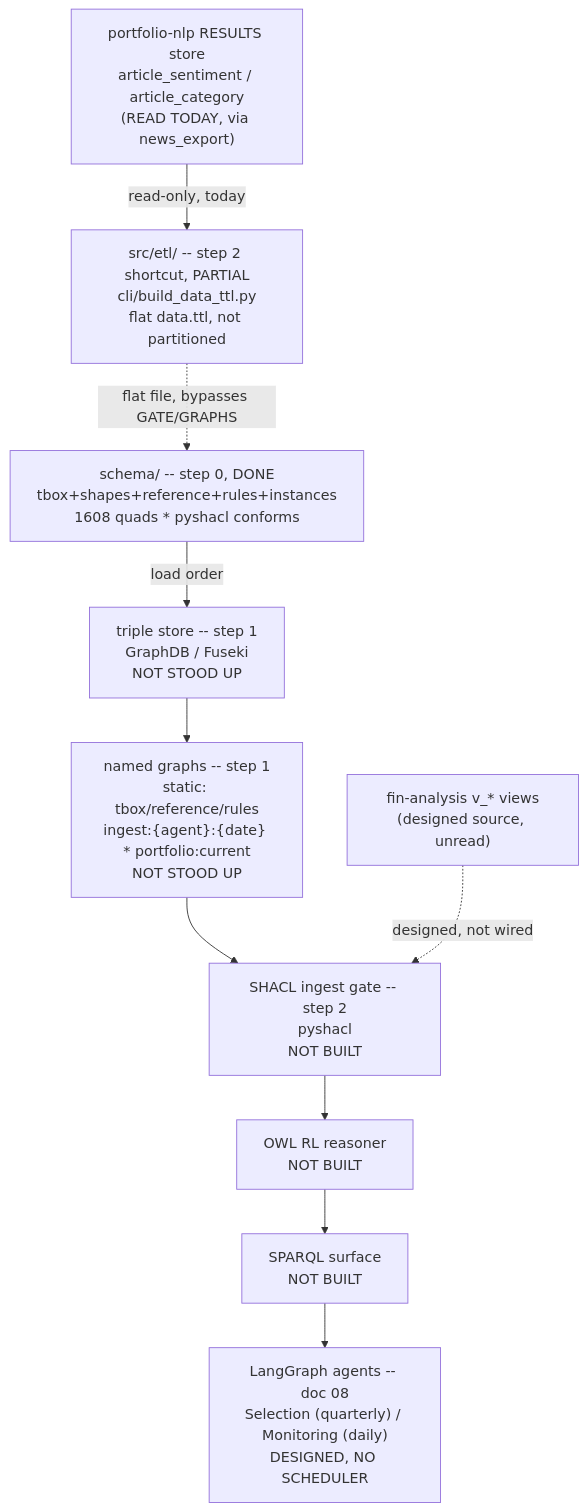
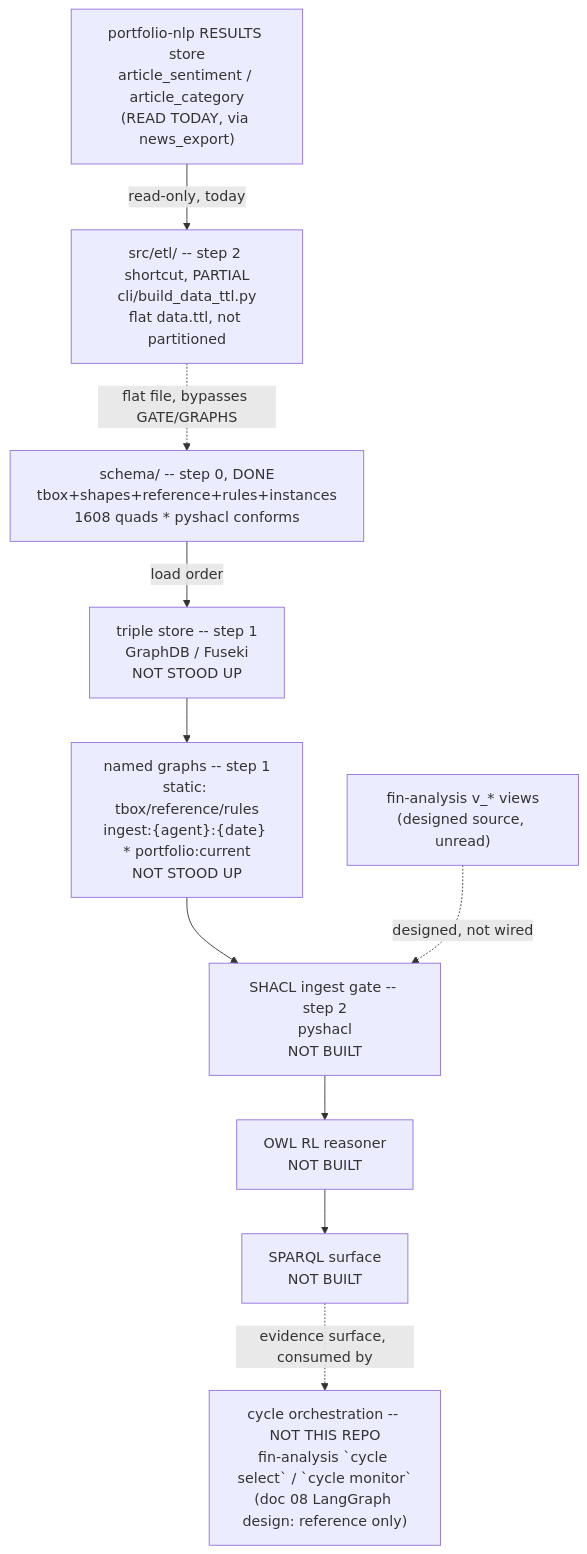
One commit to gamug/portfolio-knowledge-graph changed the diagram in .specify/memory/SPEC.md. Above: the diagram before and after it, drawn with Mermaid. The commit also changed other lines of this file and 3 other files, not shown here.

````diff
--- a/.specify/memory/SPEC.md
+++ b/.specify/memory/SPEC.md
@@ -187,19 +242,20 @@
 ```mermaid
 flowchart TB
     SCHEMA["schema/ -- step 0, DONE<br/>tbox+shapes+reference+rules+instances<br/>1608 quads * pyshacl conforms"]
     STORE["triple store -- step 1<br/>GraphDB / Fuseki<br/>NOT STOOD UP"]
     GRAPHS["named graphs -- step 1<br/>static: tbox/reference/rules<br/>ingest:{agent}:{date} * portfolio:current<br/>NOT STOOD UP"]
     GATE["SHACL ingest gate -- step 2<br/>pyshacl<br/>NOT BUILT"]
     FIN["fin-analysis v_* views<br/>(designed source, unread)"]
     NLPRES["portfolio-nlp RESULTS store<br/>article_sentiment / article_category<br/>(READ TODAY, via news_export)"]
     ETL["src/etl/ -- step 2 shortcut, PARTIAL<br/>cli/build_data_ttl.py<br/>flat data.ttl, not partitioned"]
     REASON["OWL RL reasoner<br/>NOT BUILT"]
     SPARQL["SPARQL surface<br/>NOT BUILT"]
-    AGENTS["LangGraph agents -- doc 08<br/>Selection (quarterly) / Monitoring (daily)<br/>DESIGNED, NO SCHEDULER"]
+    AGENTS["cycle orchestration -- NOT THIS REPO<br/>fin-analysis `cycle select` / `cycle monitor`<br/>(doc 08 LangGraph design: reference only)"]
 
     SCHEMA -->|load order| STORE --> GRAPHS --> GATE
     FIN -.->|designed, not wired| GATE
     NLPRES -->|read-only, today| ETL
     ETL -.->|flat file, bypasses GATE/GRAPHS| SCHEMA
-    GATE --> REASON --> SPARQL --> AGENTS
+    GATE --> REASON --> SPARQL
+    SPARQL -.->|evidence surface, consumed by| AGENTS
 ```
````
